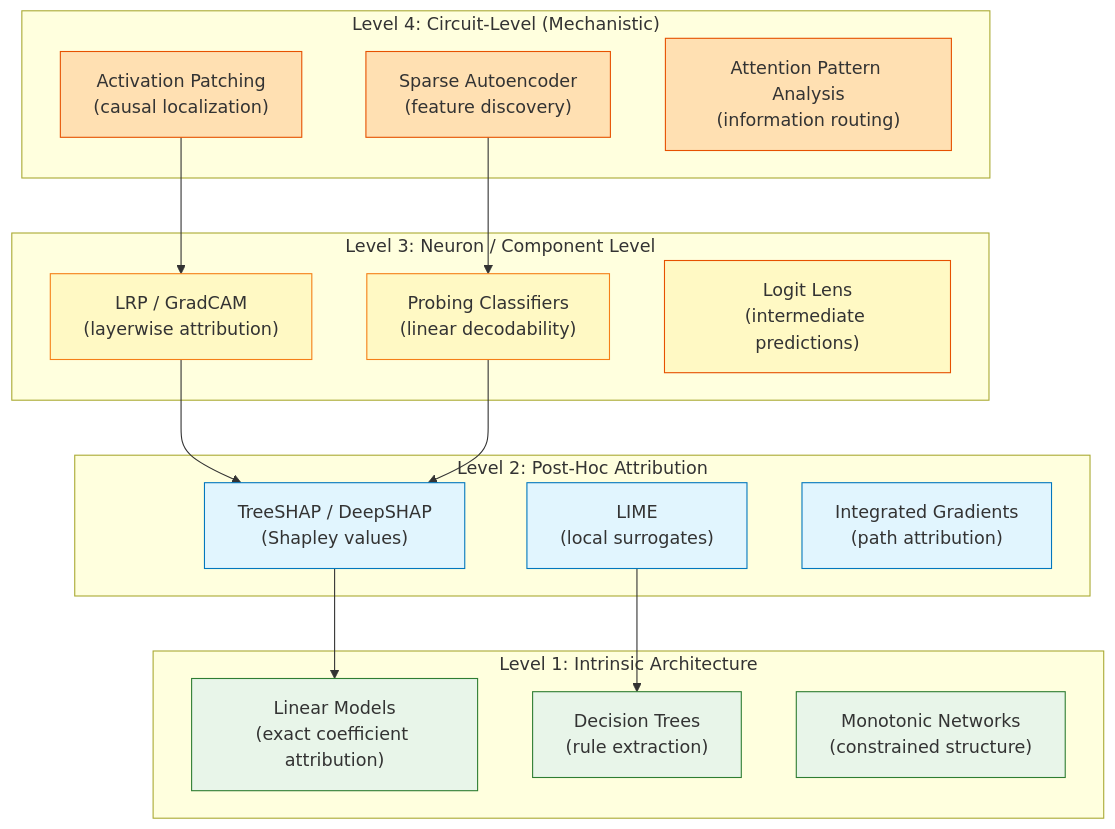
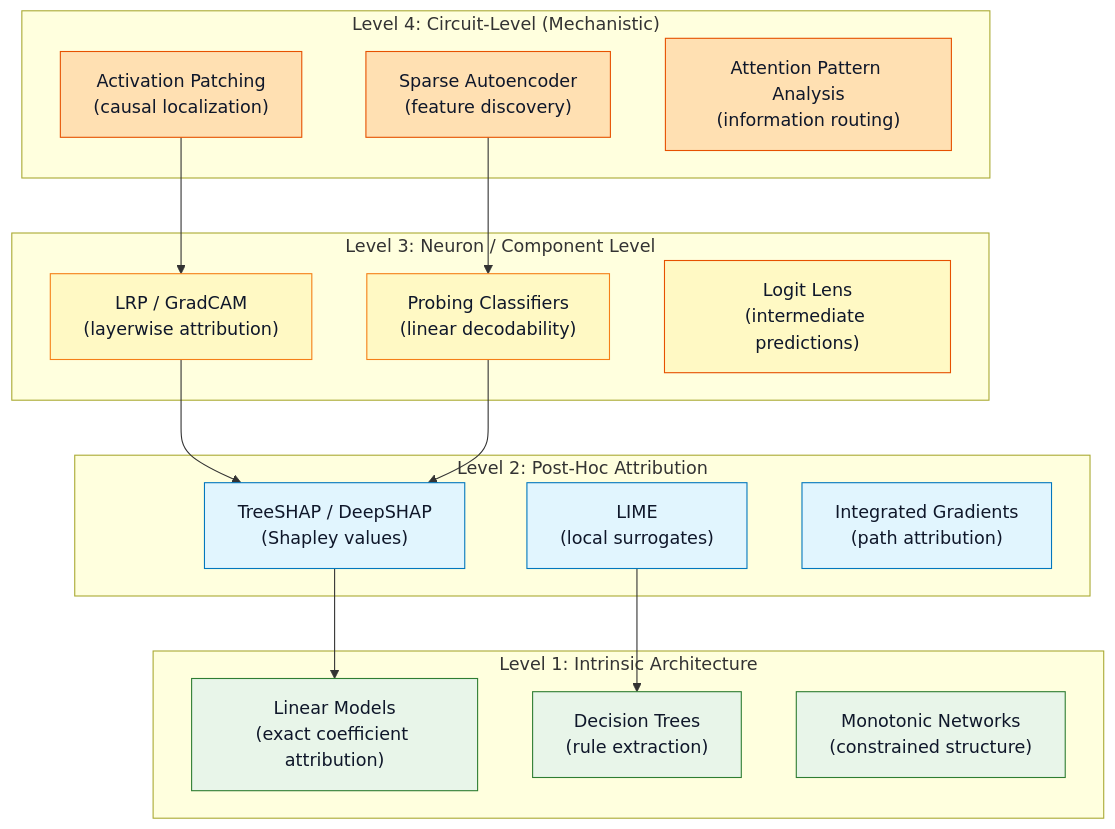
Before and after one commit to blebleblee/synapse: the fourth of 4 diagrams in topics/computing/ai/ai_safety_and_alignment/lesson_01_model_decomposition.md, drawn with Mermaid. The commit also changed other lines of this file and 1464 other files, not shown here.

Commit message:
feat(release): curriculum vector mermaid upgrade, render hardening, and master synpack

````diff
--- a/topics/computing/ai/ai_safety_and_alignment/lesson_01_model_decomposition.md
+++ b/topics/computing/ai/ai_safety_and_alignment/lesson_01_model_decomposition.md
@@ -819,46 +819,46 @@
 ```mermaid
 graph TD
     subgraph sub_level_4__circuit_level__mechanis ["Level 4: Circuit-Level (Mechanistic)"]
         C1["Activation Patching\n(causal localization)"]
         C2["Sparse Autoencoder\n(feature discovery)"]
         C3["Attention Pattern Analysis\n(information routing)"]
     end
 
     subgraph sub_level_3__neuron___component_leve ["Level 3: Neuron / Component Level"]
         N1["Probing Classifiers\n(linear decodability)"]
         N2["LRP / GradCAM\n(layerwise attribution)"]
         N3["Logit Lens\n(intermediate predictions)"]
     end
 
     subgraph sub_level_2__post_hoc_attribution ["Level 2: Post-Hoc Attribution"]
         P1["TreeSHAP / DeepSHAP\n(Shapley values)"]
         P2["LIME\n(local surrogates)"]
         P3["Integrated Gradients\n(path attribution)"]
     end
 
     subgraph sub_level_1__intrinsic_architecture ["Level 1: Intrinsic Architecture"]
         I1["Linear Models\n(exact coefficient attribution)"]
         I2["Decision Trees\n(rule extraction)"]
         I3["Monotonic Networks\n(constrained structure)"]
     end
 
     C1 --> N2
     C2 --> N1
     N2 --> P1
     N1 --> P1
     P1 --> I1
     P2 --> I2
 
-    style C1 fill:#ffe0b2,stroke:#e65100
-    style C2 fill:#ffe0b2,stroke:#e65100
-    style C3 fill:#ffe0b2,stroke:#e65100
-    style N1 fill:#fff9c4,stroke:#f57f17
-    style N2 fill:#fff9c4,stroke:#f57f17
-    style N3 fill:#fff9c4,stroke:#e65100
-    style P1 fill:#e1f5fe,stroke:#0277bd
-    style P2 fill:#e1f5fe,stroke:#0277bd
-    style P3 fill:#e1f5fe,stroke:#0277bd
-    style I1 fill:#e8f5e9,stroke:#2e7d32
-    style I2 fill:#e8f5e9,stroke:#2e7d32
-    style I3 fill:#e8f5e9,stroke:#2e7d32
+    style C1 fill:#ffe0b2,stroke:#e65100,color:#0f172a
+    style C2 fill:#ffe0b2,stroke:#e65100,color:#0f172a
+    style C3 fill:#ffe0b2,stroke:#e65100,color:#0f172a
+    style N1 fill:#fff9c4,stroke:#f57f17,color:#0f172a
+    style N2 fill:#fff9c4,stroke:#f57f17,color:#0f172a
+    style N3 fill:#fff9c4,stroke:#e65100,color:#0f172a
+    style P1 fill:#e1f5fe,stroke:#0277bd,color:#0f172a
+    style P2 fill:#e1f5fe,stroke:#0277bd,color:#0f172a
+    style P3 fill:#e1f5fe,stroke:#0277bd,color:#0f172a
+    style I1 fill:#e8f5e9,stroke:#2e7d32,color:#0f172a
+    style I2 fill:#e8f5e9,stroke:#2e7d32,color:#0f172a
+    style I3 fill:#e8f5e9,stroke:#2e7d32,color:#0f172a
 ```
````
